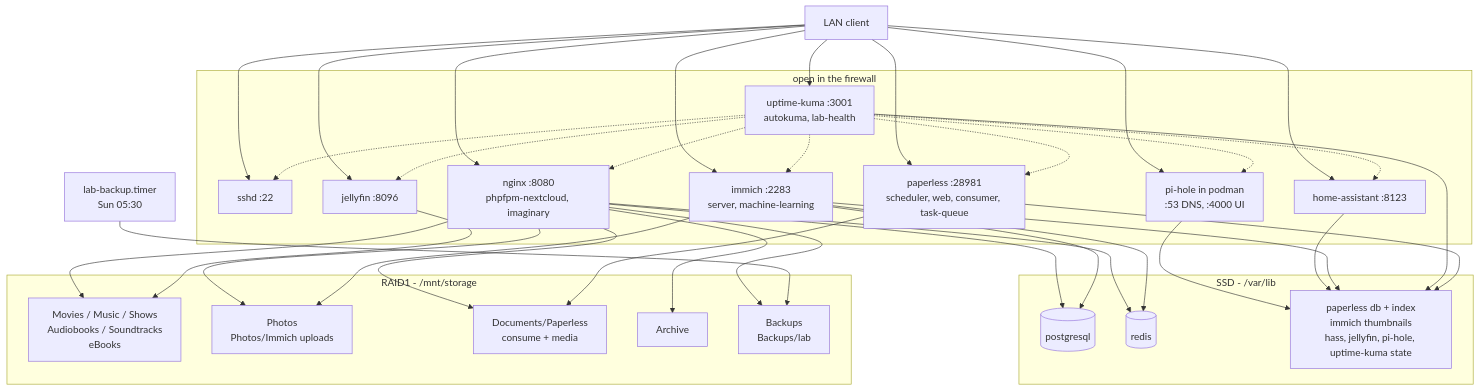
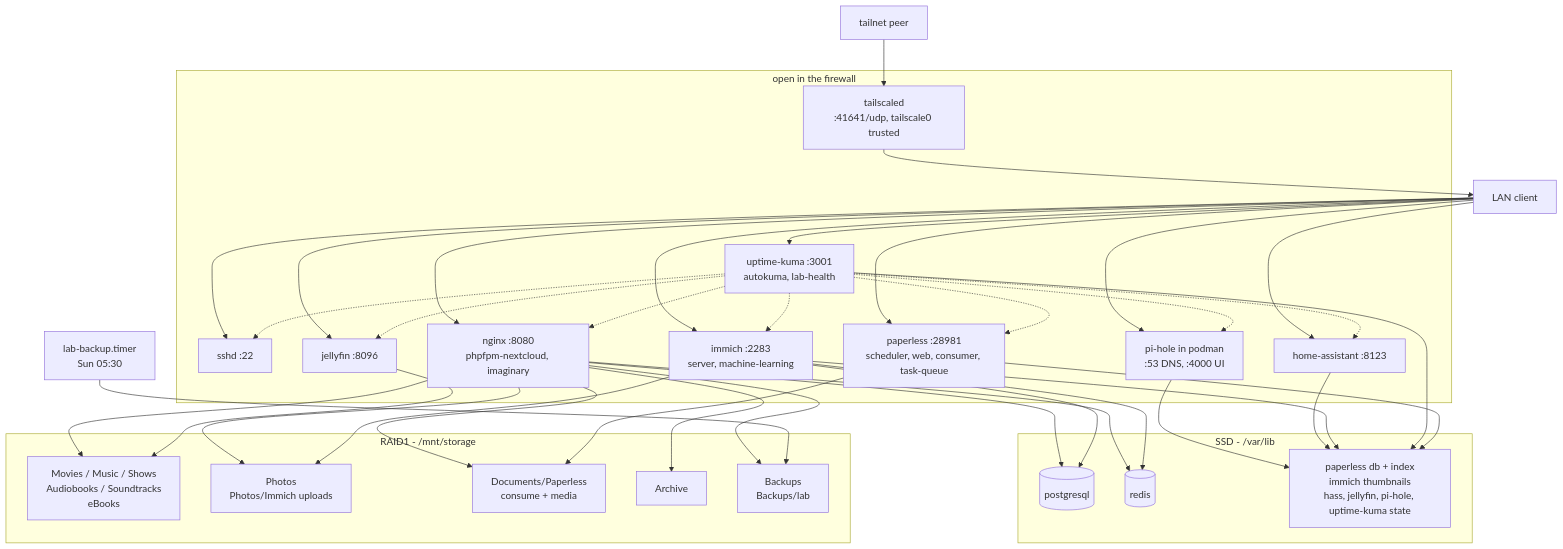
Before and after one commit to antonkesy/home-server: the second of 2 diagrams in README.md, drawn with Mermaid. The commit also changed other lines of this file and 7 other files, not shown here.

````diff
--- a/README.md
+++ b/README.md
@@ -48,44 +48,46 @@
 ```mermaid
 flowchart TD
   client["LAN client"]
 
   subgraph fw["open in the firewall"]
     ssh["sshd :22"]
+    ts["tailscaled<br>:41641/udp, tailscale0 trusted"]
     ph["pi-hole in podman<br>:53 DNS, :4000 UI"]
     has["home-assistant :8123"]
     ncb["nginx :8080<br>phpfpm-nextcloud, imaginary"]
     jfb["jellyfin :8096"]
     plb["paperless :28981<br>scheduler, web, consumer, task-queue"]
     imb["immich :2283<br>server, machine-learning"]
     ukb["uptime-kuma :3001<br>autokuma, lab-health"]
   end
 
   subgraph ssdg["SSD - /var/lib"]
     pg[("postgresql")]
     rd[("redis")]
     st["paperless db + index<br>immich thumbnails<br>hass, jellyfin, pi-hole, uptime-kuma state"]
   end
 
   subgraph raid["RAID1 - /mnt/storage"]
     med["Movies / Music / Shows<br>Audiobooks / Soundtracks<br>eBooks"]
     pho["Photos<br>Photos/Immich uploads"]
     doc["Documents/Paperless<br>consume + media"]
     arc["Archive"]
     bak["Backups<br>Backups/lab"]
   end
 
   client --> ssh & ph & has
+  remote["tailnet peer"] --> ts --> client
   client --> ncb & jfb & plb & imb & ukb
   ph --> st
   has --> st
   ncb --> pg & rd
   ncb --> med & pho & doc & arc & bak
   jfb --> med
   imb --> pg & rd & st
   imb --> pho
   ukb --> st
   ukb -.-> ssh & ph & has & ncb & jfb & plb & imb
   plb --> doc
   plb --> st
   tb["lab-backup.timer<br>Sun 05:30"] --> bak
 ```
````
